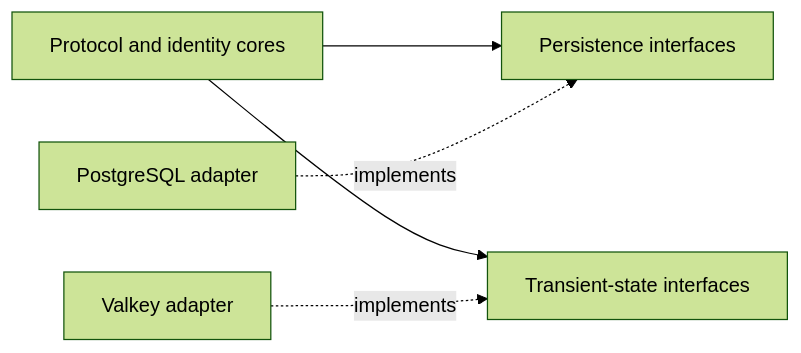
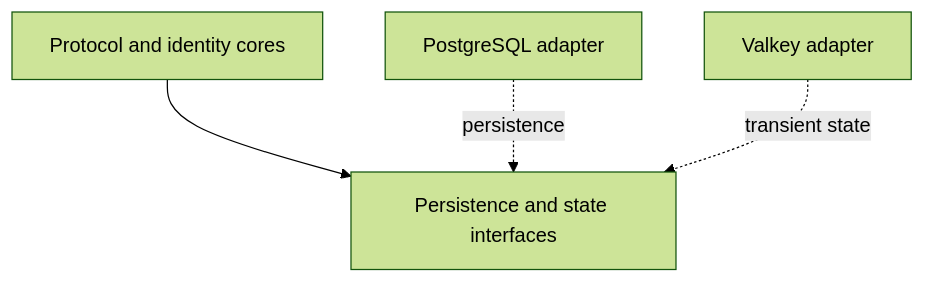
One commit to bymoye/oauth2 changed the diagram in README.md. Above: the diagram before and after it, drawn with Mermaid (forest theme). The commit also changed 1 other file, not shown here.

Commit message:
docs: clarify storage dependency diagram

```diff
--- a/README.md
+++ b/README.md
@@ -146,7 +146,6 @@
 ~~~mermaid
-flowchart LR
-    Core["Protocol and identity cores"] --> Persistence["Persistence interfaces"]
-    Core --> State["Transient-state interfaces"]
-    PG["PostgreSQL adapter"] -. implements .-> Persistence
-    VK["Valkey adapter"] -. implements .-> State
+flowchart TB
+    Core["Protocol and identity cores"] --> Ports["Persistence and state interfaces"]
+    PG["PostgreSQL adapter"] -. persistence .-> Ports
+    VK["Valkey adapter"] -. transient state .-> Ports
 ~~~
```
